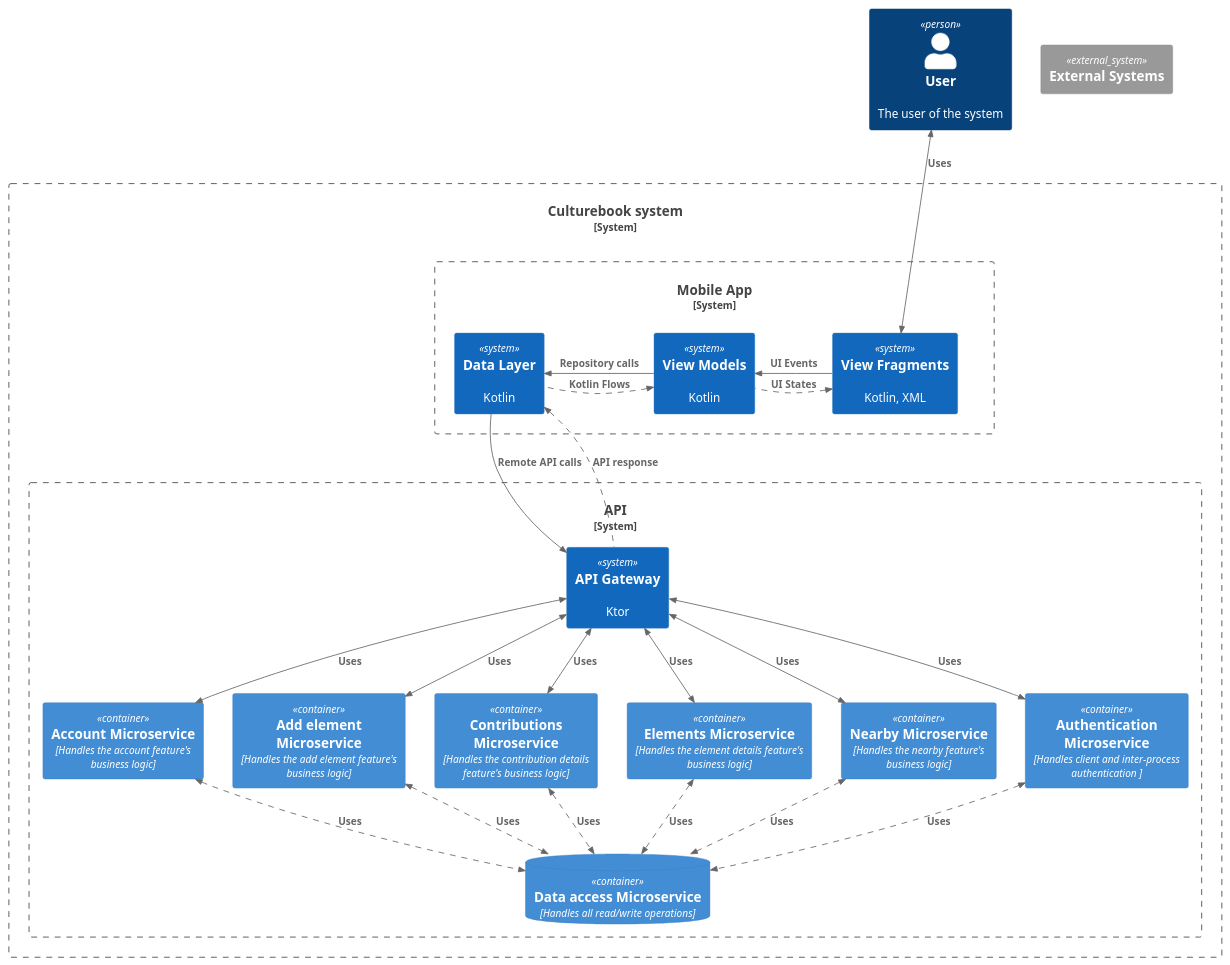
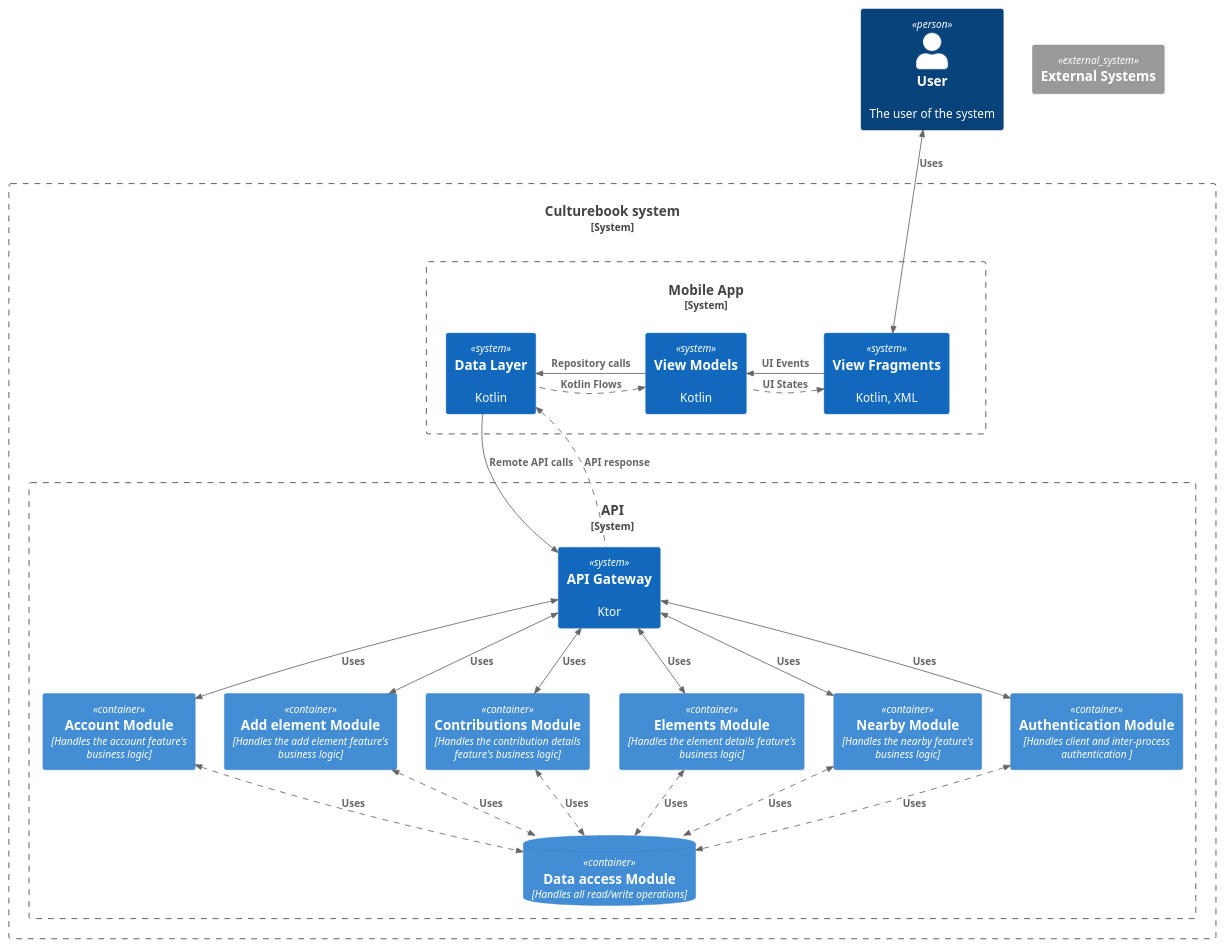
Before and after one commit to Culture-Book/docs: the diagram in c2.puml, drawn with PlantUML. The commit also changed 2 other files, not shown here.

```diff
--- a/c2.puml
+++ b/c2.puml
@@ -1,72 +1,72 @@
 @startuml
 !include <C4/C4_Container>
 
 ' Style
 AddRelTag("response_tag", $lineStyle = DashedLine())
 
 Person(user, "User", "The user of the system")
 
 System_Boundary(local, "Culturebook system") {
     ' Client
 
     System_Boundary(client_bound, "Mobile App") {
         System(view_layer, "View Fragments", "Kotlin, XML")
         System(view_models, "View Models", "Kotlin")
         System(data_layer, "Data Layer", "Kotlin")
 
         ' Layout
         Lay_L(view_layer, view_models)
         Lay_L(view_models, data_layer)
 
 
         ' Relations
         Rel_R(view_layer, view_models, "UI Events")
         Rel_R(view_models, data_layer, "Repository calls")
 
         Rel_L(view_models, view_layer, "UI States", $tags="response_tag")
         Rel_L(data_layer, view_models, "Kotlin Flows", $tags="response_tag")
     }
 
     ' Backend
     System_Boundary(api_bound, "API") {
         System(api_gw, "API Gateway", "Ktor")
-        Container(auth, "Authentication Microservice", "Handles client and inter-process authentication ")
-        Container(nearby, "Nearby Microservice", "Handles the nearby feature's business logic")
-        Container(element, "Elements Microservice", "Handles the element details feature's business logic")
-        Container(contribution, "Contributions Microservice", "Handles the contribution details feature's business logic")
-        Container(add_element, "Add element Microservice", "Handles the add element feature's business logic")
-        Container(account, "Account Microservice", "Handles the account feature's business logic")
-        ContainerDb(db, "Data access Microservice", "Handles all read/write operations")
+        Container(auth, "Authentication Module", "Handles client and inter-process authentication ")
+        Container(nearby, "Nearby Module", "Handles the nearby feature's business logic")
+        Container(element, "Elements Module", "Handles the element details feature's business logic")
+        Container(contribution, "Contributions Module", "Handles the contribution details feature's business logic")
+        Container(add_element, "Add element Module", "Handles the add element feature's business logic")
+        Container(account, "Account Module", "Handles the account feature's business logic")
+        ContainerDb(db, "Data access Module", "Handles all read/write operations")
         
         ' Relations
 
         BiRel_D(api_gw, auth, "Uses")
         BiRel_D(api_gw, nearby, "Uses")
         BiRel_D(api_gw, element, "Uses")
         BiRel_D(api_gw, contribution, "Uses")
         BiRel_D(api_gw, add_element, "Uses")
         BiRel_D(api_gw, account, "Uses")
 
         BiRel_U(db, auth, "Uses", $tags="response_tag")
         BiRel_U(db, nearby, "Uses", $tags="response_tag")
         BiRel_U(db, element, "Uses", $tags="response_tag")
         BiRel_U(db, contribution, "Uses", $tags="response_tag")
         BiRel_U(db, add_element, "Uses", $tags="response_tag")
         BiRel_U(db, account, "Uses", $tags="response_tag")
     }
 }
 
 ' External systems
 System_Ext(external, "External Systems")
 
 ' Layout & Styles
 Lay_U(client_bound, user)
 Lay_U(api_gw, client_bound)
 
 ' Api Relations
 Rel_D(data_layer, api_gw, "Remote API calls")
 Rel_U(api_gw, data_layer, "API response", $tags="response_tag")
 
 ' User relations
 BiRel(user, view_layer, "Uses")
 @enduml
```
